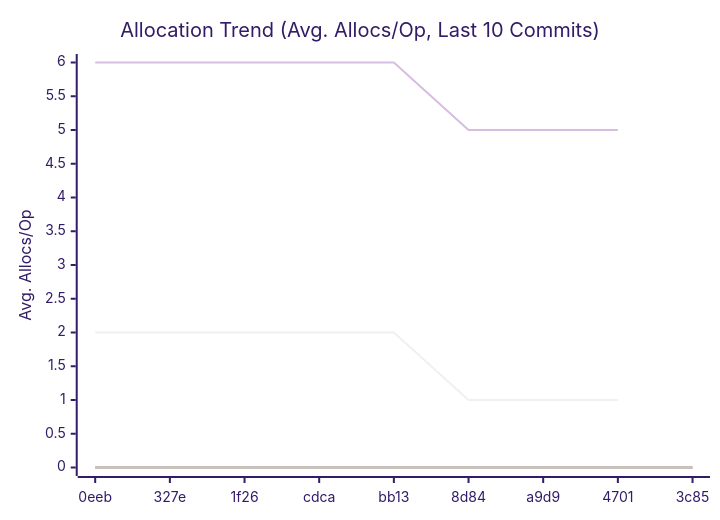
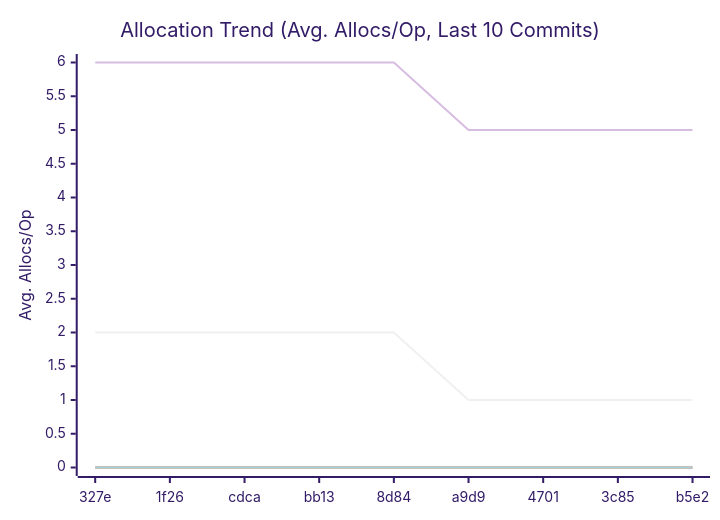
The third of 3 diagrams in doc/README.md (alsotoes/momo), drawn with Mermaid (forest theme) before and after one commit. The commit also changed other lines of this file and 1 other file, not shown here.

````diff
--- a/doc/README.md
+++ b/doc/README.md
@@ -325,12 +316,12 @@
 ```mermaid
 xychart-beta
     title "Allocation Trend (Avg. Allocs/Op, Last 10 Commits)"
     x-axis "Commit"
     y-axis "Avg. Allocs/Op"
-    x-axis [0eeb,327e,1f26,cdca,bb13,8d84,a9d9,4701,3c85]
+    x-axis [327e,1f26,cdca,bb13,8d84,a9d9,4701,3c85,b5e2]
     line "CheckMetricsAndSwap" [0,0,0,0,0,0,0,0,0,0]
     line "IndexDirectTracking" [0,0,0,0,0,0,0,0,0,0]
     line "IndexSearch" [0,0,0,0,0,0,0,0,0,0]
-    line "ParseReplicationOrder_NoPrealloc" [6,6,6,6,6,5,5,5]
-    line "ParseReplicationOrder_Prealloc" [2,2,2,2,2,1,1,1]
+    line "ParseReplicationOrder_NoPrealloc" [6,6,6,6,6,5,5,5,5]
+    line "ParseReplicationOrder_Prealloc" [2,2,2,2,2,1,1,1,1]
 ```
````
